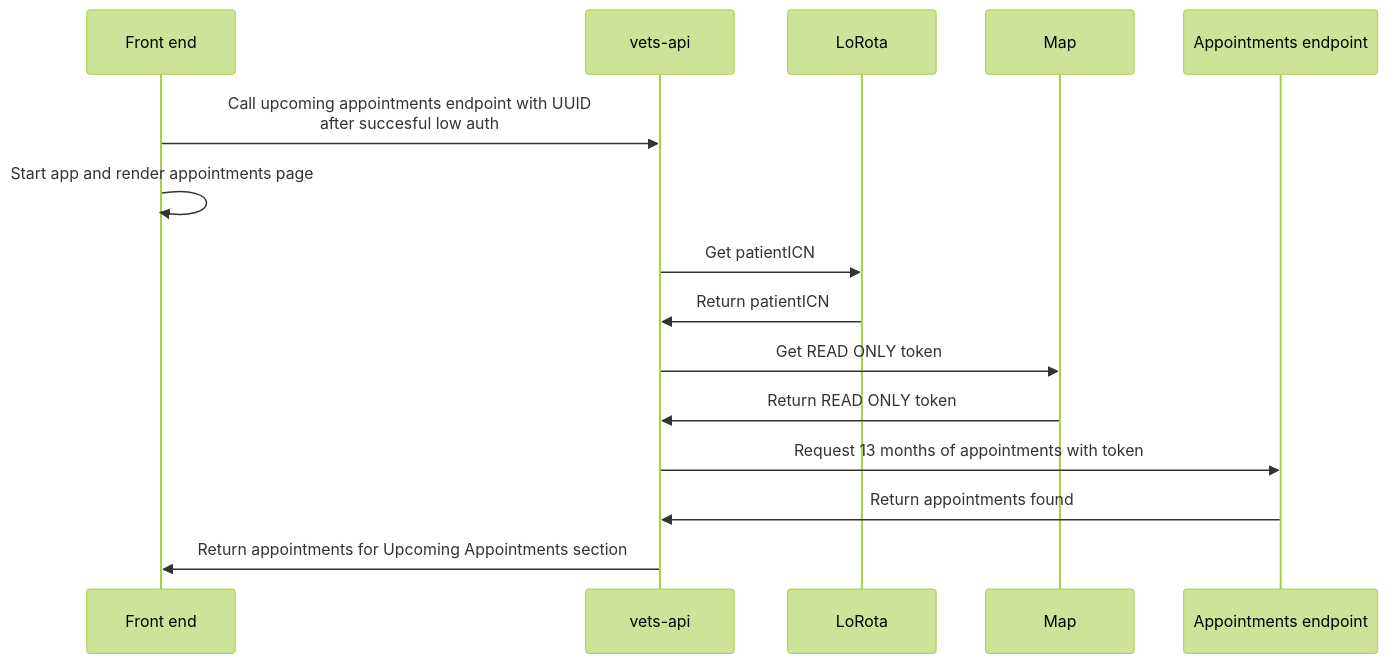
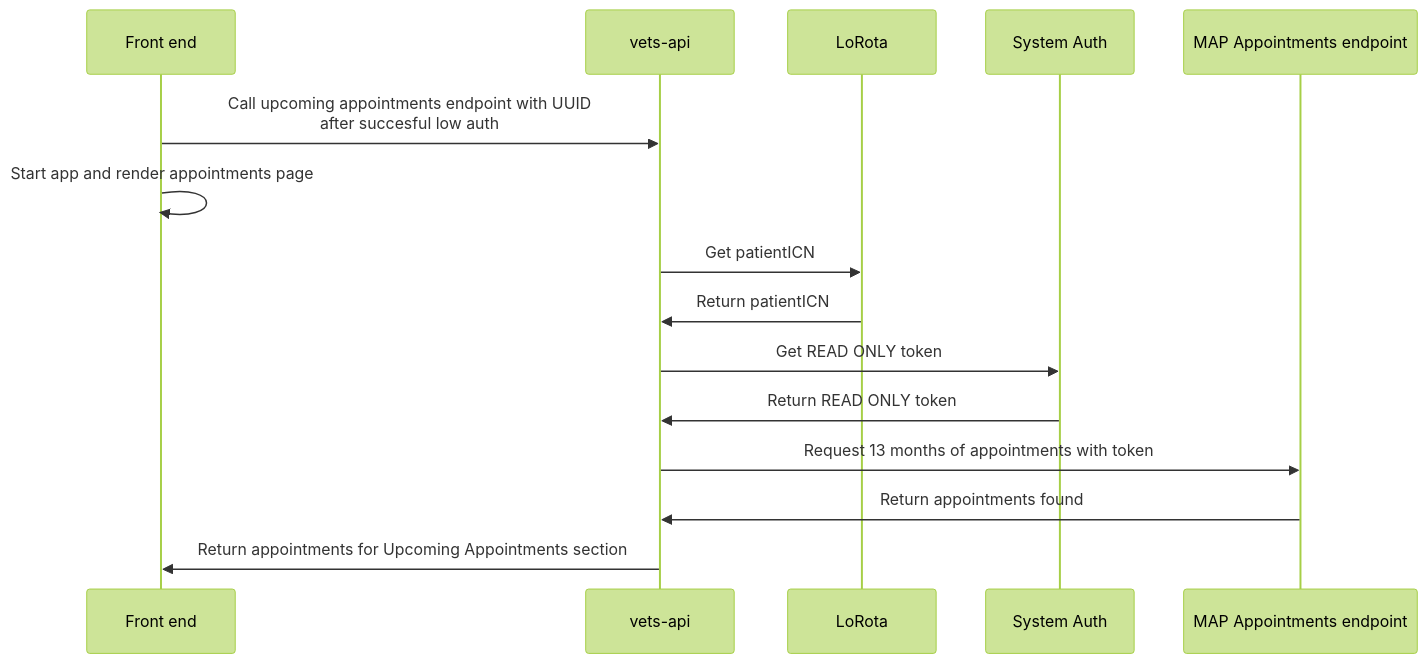
Before and after one commit to department-of-veterans-affairs/va.gov-team: the diagram in products/health-care/checkin/decisions/all-appointments-fetch.md, drawn with Mermaid (forest theme). The commit also changed other lines of this file, not shown here.

````diff
--- a/products/health-care/checkin/decisions/all-appointments-fetch.md
+++ b/products/health-care/checkin/decisions/all-appointments-fetch.md
@@ -23,18 +23,18 @@
 ```mermaid
 sequenceDiagram
     participant FE as Front end
     participant va as vets-api
     participant lorota as LoRota
-    participant map as Map
-    participant vaos as Appointments endpoint
+    participant sa as System Auth
+    participant map as MAP Appointments endpoint
 
     FE->>va: Call upcoming appointments endpoint with UUID<br>after succesful low auth
     FE->>FE: Start app and render appointments page
     va->>lorota: Get patientICN
     lorota->>va: Return patientICN
-    va->>map: Get READ ONLY token
-    map->>va: Return READ ONLY token
-    va->>vaos: Request 13 months of appointments with token
-    vaos->>va: Return appointments found
+    va->>sa: Get READ ONLY token
+    sa->>va: Return READ ONLY token
+    va->>map: Request 13 months of appointments with token
+    map->>va: Return appointments found
     va->>FE: Return appointments for Upcoming Appointments section
 ```
````
